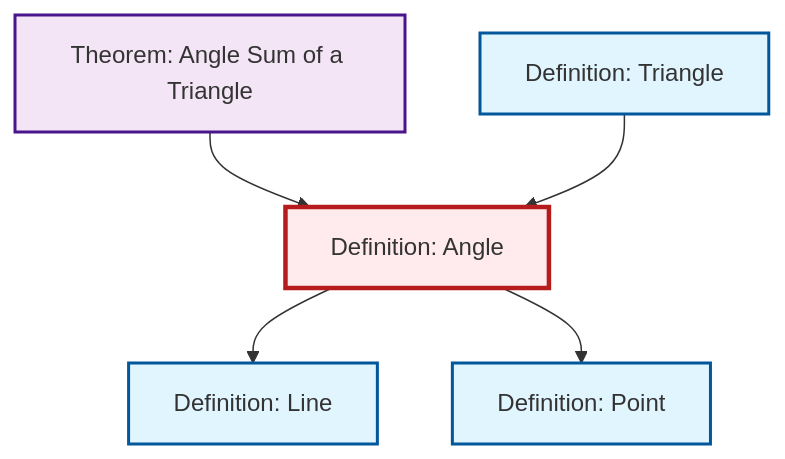
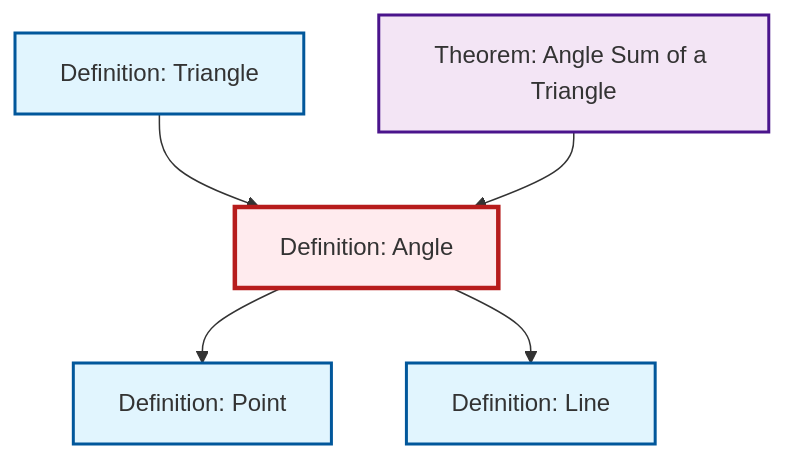
Before and after one commit to RK0429/ModernMath: the diagram in content/ja/geometry/def-angle.qmd, drawn with Mermaid. The commit also changed other lines of this file and 654 other files, not shown here.

````diff
--- a/content/ja/geometry/def-angle.qmd
+++ b/content/ja/geometry/def-angle.qmd
@@ -50,23 +50,23 @@
 ```{mermaid}
 %%| fig-cap: "Local dependency graph"
 graph TD
     classDef definition fill:#e1f5fe,stroke:#01579b,stroke-width:2px
     classDef theorem fill:#f3e5f5,stroke:#4a148c,stroke-width:2px
     classDef axiom fill:#fff3e0,stroke:#e65100,stroke-width:2px
     classDef example fill:#e8f5e9,stroke:#1b5e20,stroke-width:2px
     classDef current fill:#ffebee,stroke:#b71c1c,stroke-width:3px
+    def-line["Definition: Line"]:::definition
     def-point["Definition: Point"]:::definition
     def-triangle["Definition: Triangle"]:::definition
     thm-angle-sum-triangle["Theorem: Angle Sum of a Triangle"]:::theorem
     def-angle["Definition: Angle"]:::definition
-    def-line["Definition: Line"]:::definition
-    thm-angle-sum-triangle --> def-angle
+    def-angle --> def-point
     def-angle --> def-line
     def-triangle --> def-angle
-    def-angle --> def-point
+    thm-angle-sum-triangle --> def-angle
     class def-angle current
+    click def-line "def-line.html" "Definition: Lineへ"
     click def-point "def-point.html" "Definition: Pointへ"
     click def-triangle "def-triangle.html" "Definition: Triangleへ"
     click thm-angle-sum-triangle "thm-angle-sum-triangle.html" "Theorem: Angle Sum of a Triangleへ"
-    click def-line "def-line.html" "Definition: Lineへ"
 ```
````
